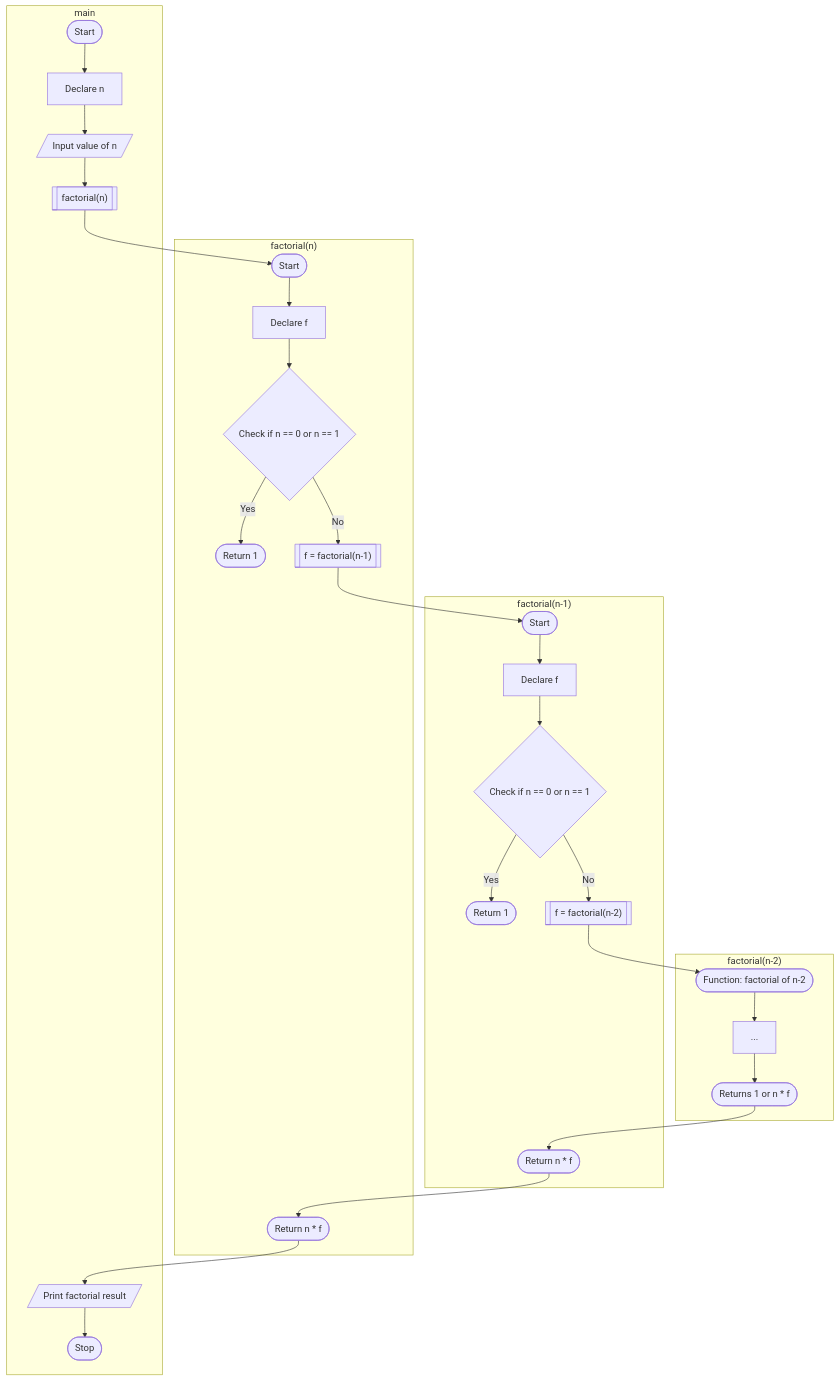
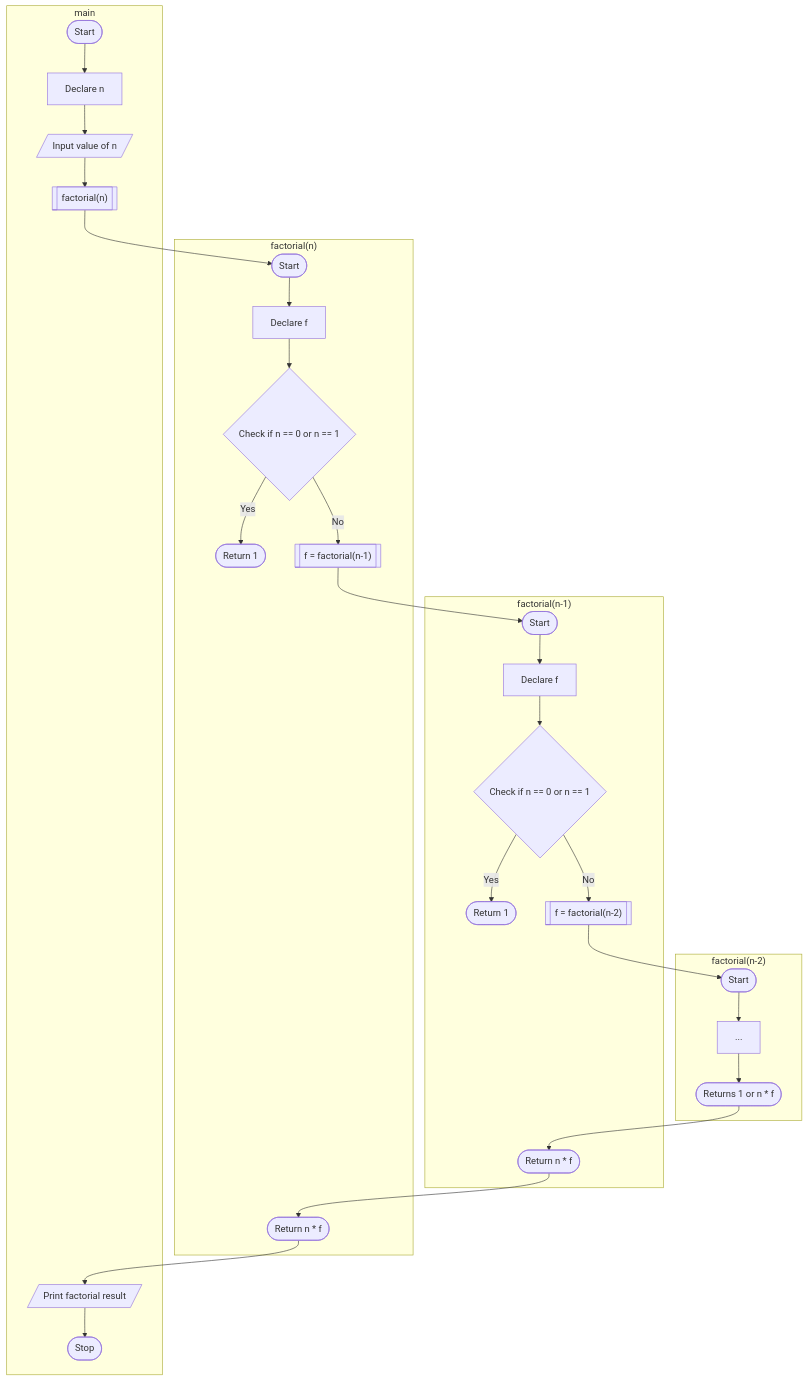
One commit to Vinit-source/Programming-for-problem-solving changed the second of 2 diagrams in PR/P8 - Recursion.md. Above: the diagram before and after it, drawn with Mermaid. The commit also changed other lines of this file, not shown here.

Commit message:
PR/P8 - Recursion.md updated from https://stackedit.io/

````diff
--- a/PR/P8 - Recursion.md
+++ b/PR/P8 - Recursion.md
@@ -47,34 +47,34 @@
 ```mermaid
 flowchart TD;
 subgraph ide3["factorial(n-2)"]
-	funcStart3([Function: factorial of n-2])
+	funcStart3([Start])
 	funcStart3 --> A3[...];
 	A3 --> E3([Returns 1 or n * f]);
 end
 subgraph ide2["factorial(n-1)"]
 	    funcStart2([Start])
         funcStart2 --> A2[Declare f];
         A2 --> B2{Check if n == 0 or n == 1};
         B2 -- Yes --> C2([Return 1]);
         B2 -- No --> D2[["f = factorial(n-2)"]];
         D2 --> funcStart3;
         E3 --> E2([Return n * f]);
  end
  subgraph ide1["factorial(n)"]
 		funcStart([Start]);
         funcStart --> A1[Declare f];
         A1 --> B1{Check if n == 0 or n == 1};
         B1 -- Yes --> C1([Return 1]);
         B1 -- No --> D1[["f = factorial(n-1)"]];
         D1 --> funcStart2
         E2 --> E1([Return n * f]);
     end
 subgraph main
 	Start([Start]) --> B[Declare n];
     B --> C[/Input value of n/];
     C --> D[["factorial(n)"]]
     D --> funcStart
     E1 -->  E[/Print factorial result/];
     E --> F([Stop]);
    end
 ```
````
